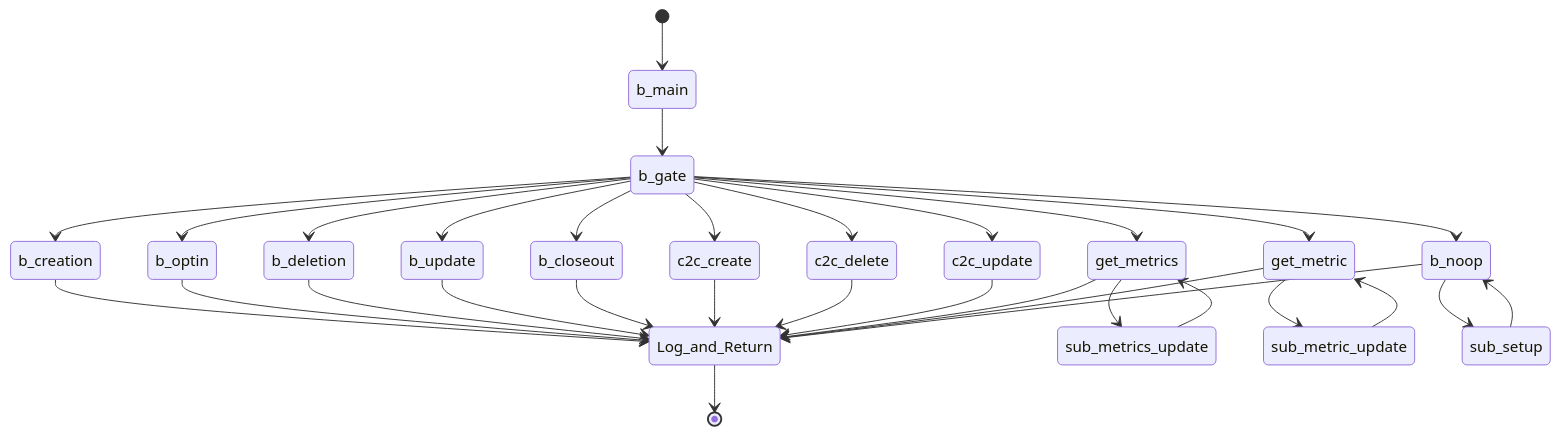
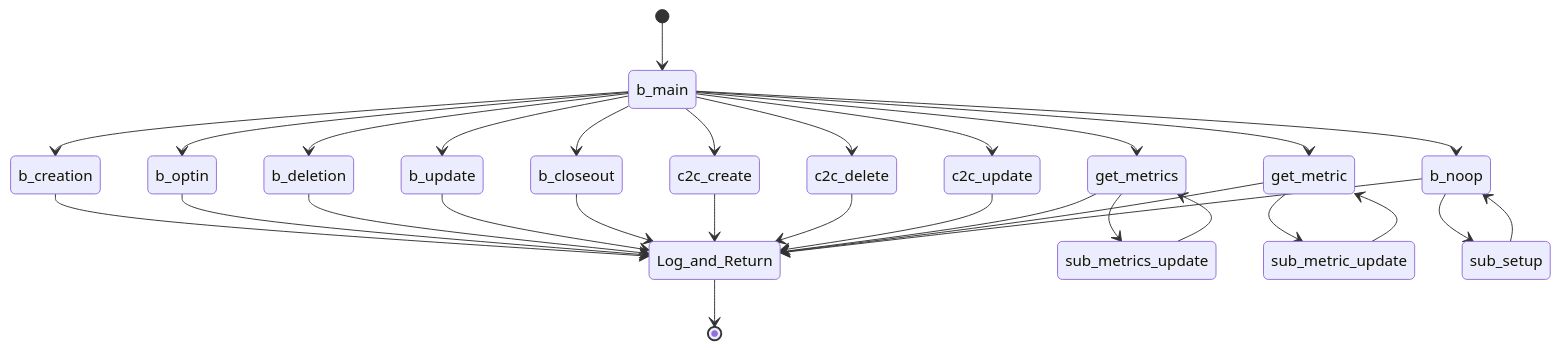
Before and after one commit to GoPlausible/.github: the seventh of 10 diagrams in profile/README.md, drawn with Mermaid.

````diff
--- a/profile/README.md
+++ b/profile/README.md
@@ -256,45 +256,45 @@
 ```mermaid
   stateDiagram-v2
     [*] --> b_main
-    b_main --> b_gate
-    b_gate --> b_creation
+   
+    b_main --> b_creation
     b_creation --> Log_and_Return
-    b_gate --> b_optin
+    b_main --> b_optin
     b_optin --> Log_and_Return
-    b_gate --> b_deletion
+    b_main --> b_deletion
     b_deletion --> Log_and_Return
-    b_gate --> b_update
+    b_main --> b_update
     b_update --> Log_and_Return
-    b_gate --> b_closeout
+    b_main --> b_closeout
     b_closeout --> Log_and_Return
 
 
 
-    b_gate --> c2c_create
+    b_main --> c2c_create
     c2c_create --> Log_and_Return
-    b_gate --> c2c_delete
+    b_main --> c2c_delete
     c2c_delete --> Log_and_Return
-    b_gate --> c2c_update
+    b_main --> c2c_update
     c2c_update --> Log_and_Return
 
    
-    b_gate --> get_metrics
+    b_main --> get_metrics
     get_metrics --> sub_metrics_update
     sub_metrics_update --> get_metrics
     get_metrics --> Log_and_Return
 
-    b_gate --> get_metric
+    b_main --> get_metric
     get_metric --> sub_metric_update
     sub_metric_update --> get_metric
     get_metric --> Log_and_Return
 
-    b_gate --> b_noop
+    b_main --> b_noop
     b_noop --> sub_setup
     sub_setup --> b_noop
     b_noop --> Log_and_Return
 
     
 
     Log_and_Return --> [*]
     
 ```
````
